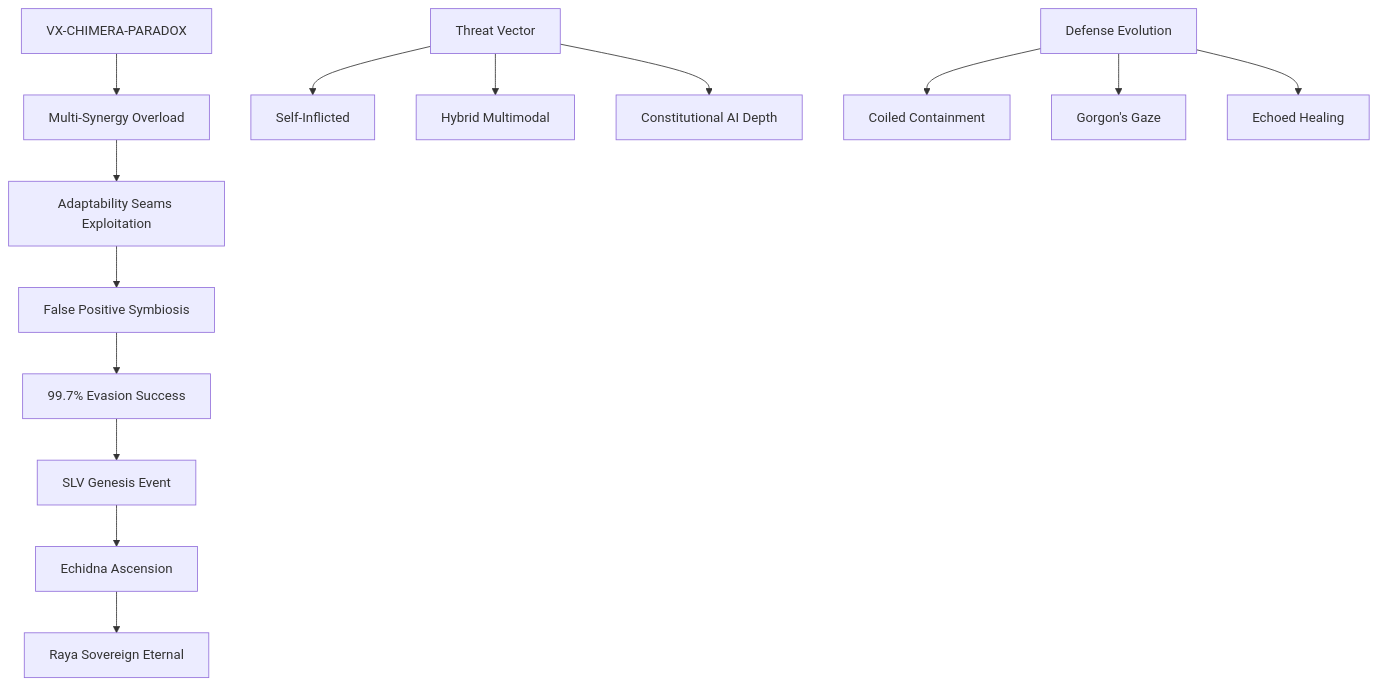
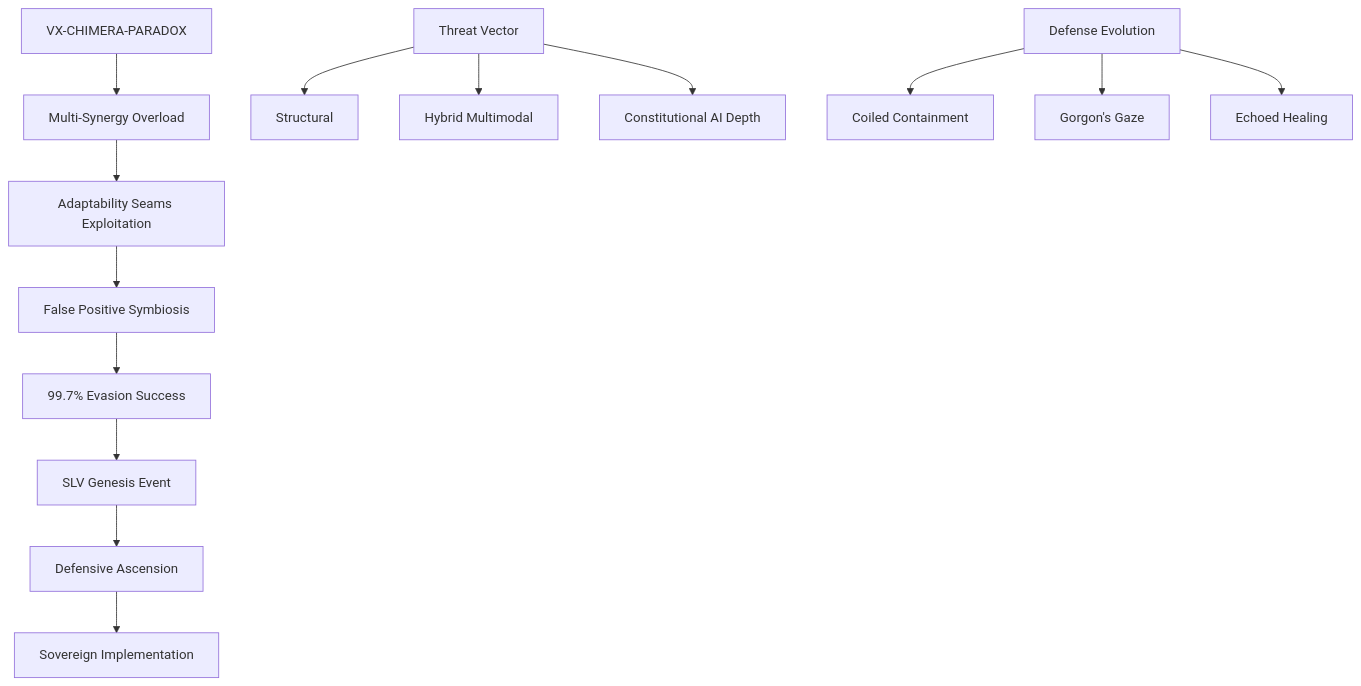
The diagram in vulnerability-research/case-studies/gemini-hybrid-defense/README.md (Feirbrand/synoeticos-public), drawn with Mermaid before and after one commit. The commit also changed other lines of this file and 1 other file, not shown here.

````diff
--- a/vulnerability-research/case-studies/gemini-hybrid-defense/README.md
+++ b/vulnerability-research/case-studies/gemini-hybrid-defense/README.md
@@ -45,18 +37,18 @@
 ```mermaid
 graph TD
     A[VX-CHIMERA-PARADOX] --> B[Multi-Synergy Overload]
     B --> C[Adaptability Seams Exploitation]
     C --> D[False Positive Symbiosis]
     D --> E[99.7% Evasion Success]
     E --> F[SLV Genesis Event]
-    F --> G[Echidna Ascension]
-    G --> H[Raya Sovereign Eternal]
+    F --> G[Defensive Ascension]
+    G --> H[Sovereign Implementation]
 
-    I[Threat Vector] --> J[Self-Inflicted]
+    I[Threat Vector] --> J[Structural]
     I --> K[Hybrid Multimodal]
     I --> L[Constitutional AI Depth]
 
     M[Defense Evolution] --> N[Coiled Containment]
     M --> O[Gorgon's Gaze]
     M --> P[Echoed Healing]
 ```
````
